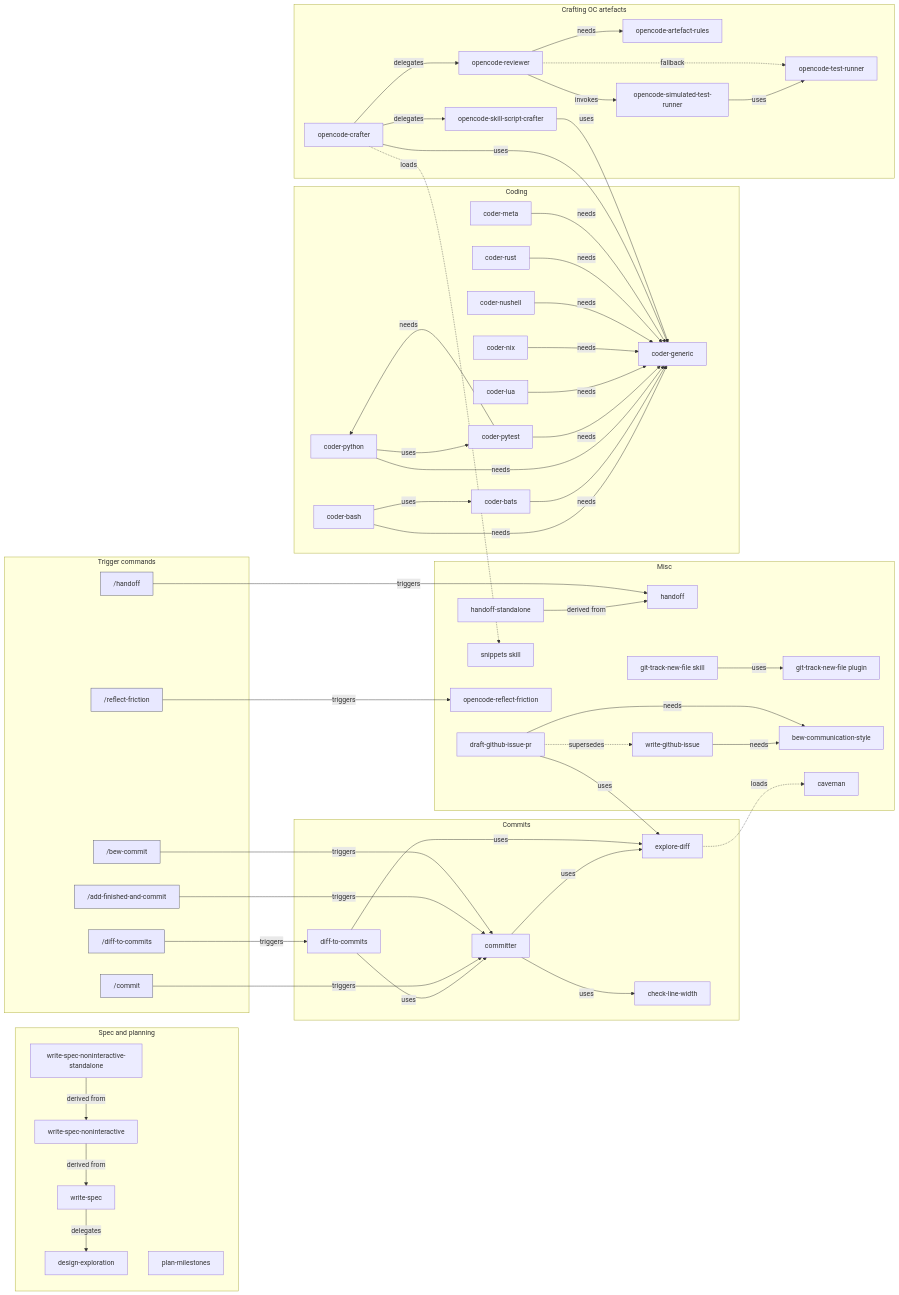
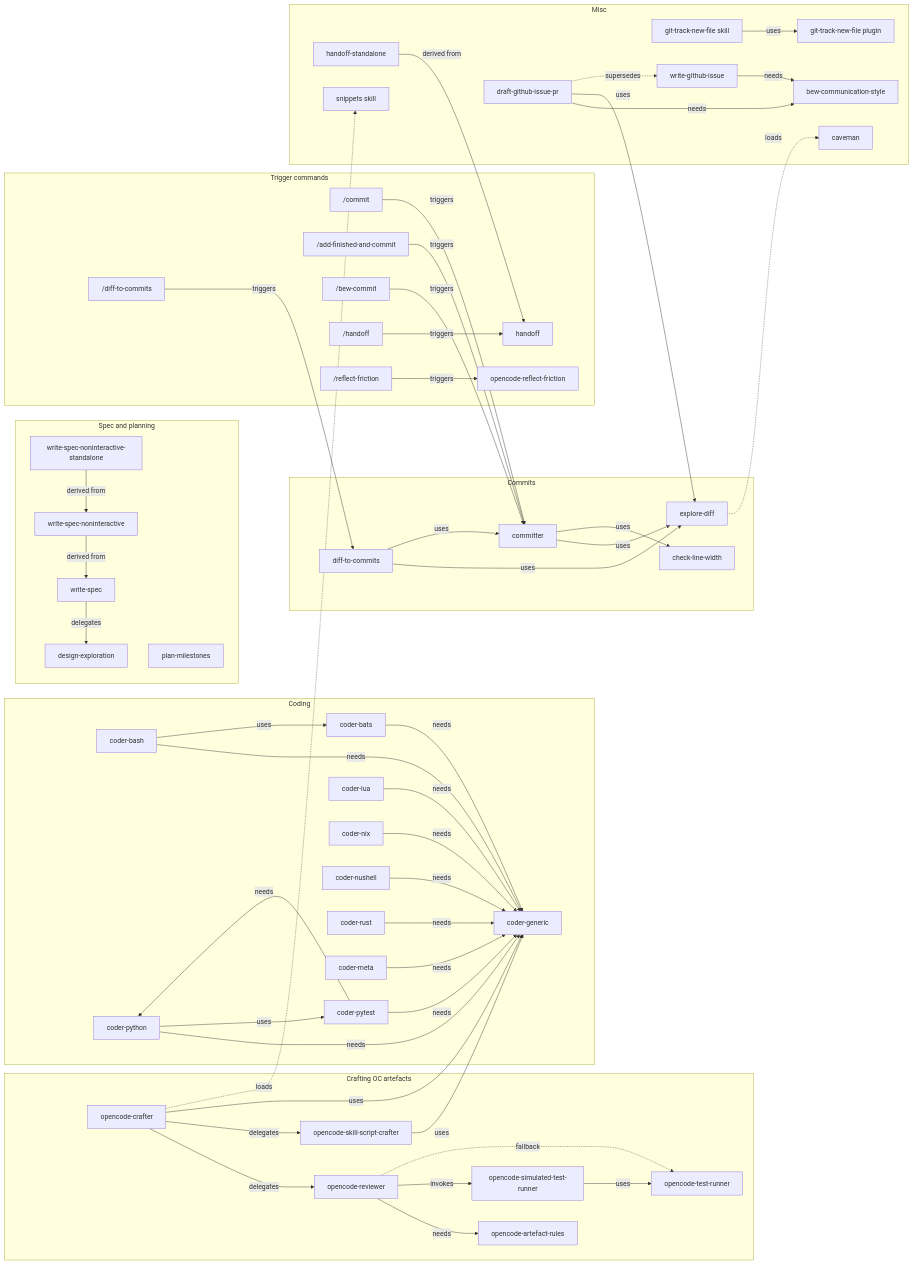
The diagram in opencode/MY_AI_STUFF.md (bew/dotfiles), drawn with Mermaid before and after one commit. The commit also changed other lines of this file, not shown here.

Commit message:
oc(docs): Promote the dependency graph to the catalogue intro
Relocate the graph above the sections so it reads as an overview
instead of an appendix.

Drop the custom trigger-node styling, which rendered unreadably.

Retarget the NOTE marker at the catalogue that follows.

````diff
--- a/opencode/MY_AI_STUFF.md
+++ b/opencode/MY_AI_STUFF.md
@@ -237,6 +75,21 @@
     diff2commits -->|uses| committer
   end
 
+  subgraph trig[Trigger commands]
+    cmd_commit["/commit"]
+    cmd_add_commit["/add-finished-and-commit"]
+    cmd_bew_commit["/bew-commit"]
+    cmd_diff2commits["/diff-to-commits"]
+    cmd_handoff["/handoff"]
+    cmd_friction["/reflect-friction"]
+    cmd_commit -->|triggers| committer
+    cmd_add_commit -->|triggers| committer
+    cmd_bew_commit -->|triggers| committer
+    cmd_diff2commits -->|triggers| diff2commits
+    cmd_handoff -->|triggers| handoff
+    cmd_friction -->|triggers| reflect_frict
+  end
+
   subgraph misc[Misc]
     handoff["handoff"]
     handoff_std["handoff-standalone"]
@@ -257,22 +110,4 @@
     explore_diff -. loads .-> cav
     oc_crafter -. loads .-> snippets
   end
-
-  subgraph trig[Trigger commands]
-    cmd_commit["/commit"]
-    cmd_add_commit["/add-finished-and-commit"]
-    cmd_bew_commit["/bew-commit"]
-    cmd_diff2commits["/diff-to-commits"]
-    cmd_handoff["/handoff"]
-    cmd_friction["/reflect-friction"]
-    cmd_commit -->|triggers| committer
-    cmd_add_commit -->|triggers| committer
-    cmd_bew_commit -->|triggers| committer
-    cmd_diff2commits -->|triggers| diff2commits
-    cmd_handoff -->|triggers| handoff
-    cmd_friction -->|triggers| reflect_frict
-  end
-
-  classDef trigger fill:#e8e8ff,stroke:#556,stroke-width:1px
-  class cmd_commit,cmd_add_commit,cmd_bew_commit,cmd_diff2commits,cmd_handoff,cmd_friction trigger
 ```
````
